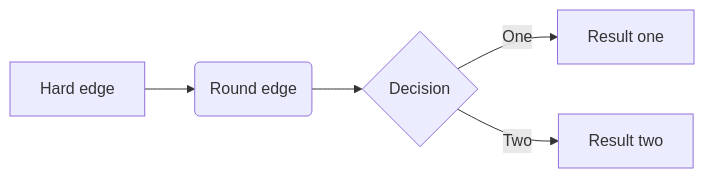
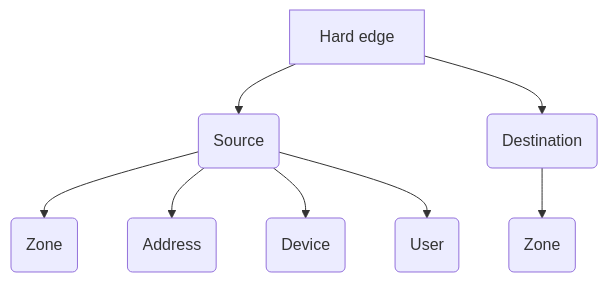
Before and after one commit to vault27/Foundation: the diagram in paloalto.md, drawn with Mermaid.

````diff
--- a/paloalto.md
+++ b/paloalto.md
@@ -1192,7 +1192,11 @@
 ```mermaid
-graph LR
-A[Hard edge] -->B(Round edge)
-    B --> C{Decision}
-    C -->|One| D[Result one]
-    C -->|Two| E[Result two]
+graph TB
+A[Hard edge] -->B(Source)
+A[Hard edge] -->F(Destination)
+    B --> C(Zone)
+    B --> D(Address)
+    B --> E(Device)
+    B --> K(User)
+    F --> I(Zone)
+    
 ```
````
